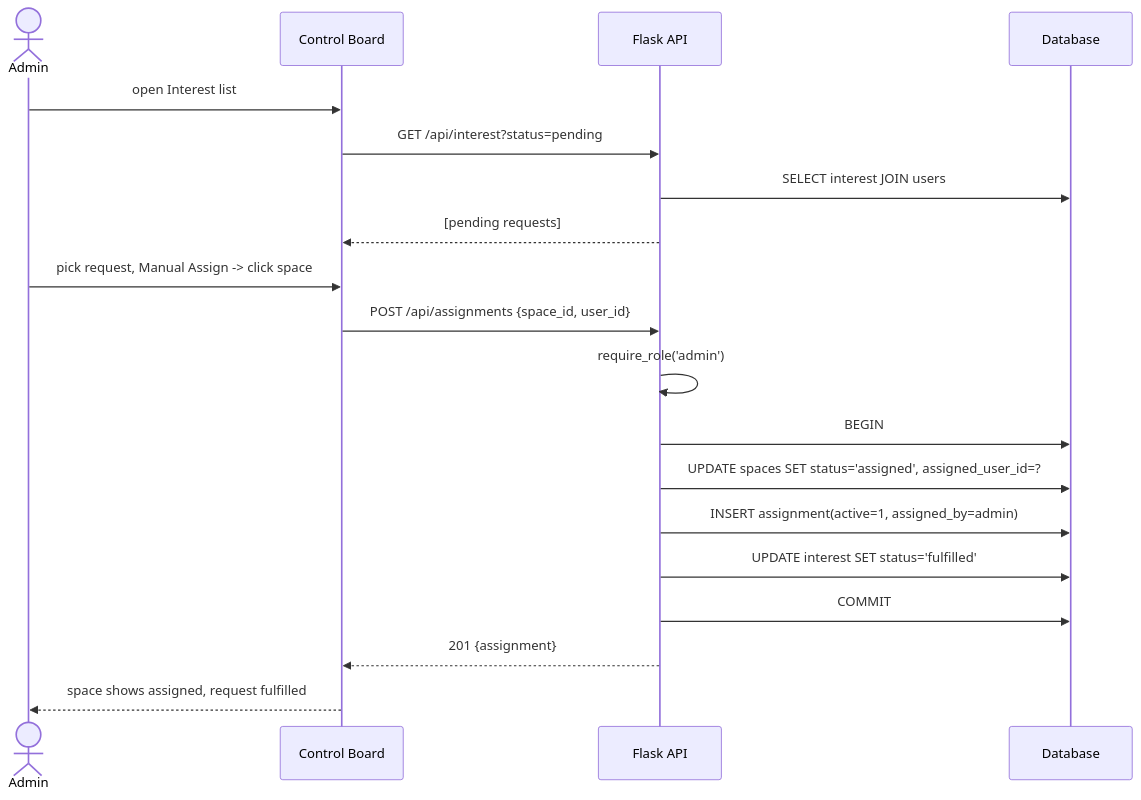
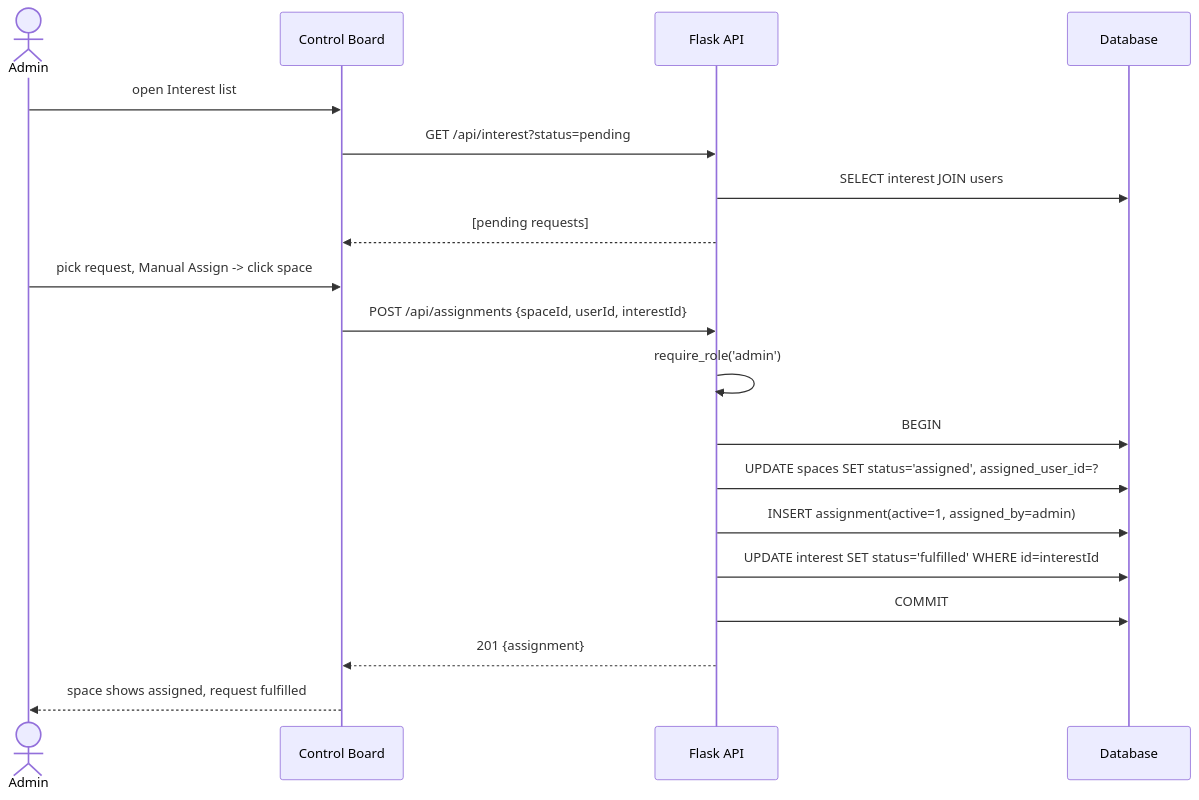
One commit to LTRide2/lt-parking-site-project changed the seventh of 8 diagrams in plan/plan.md. Above: the diagram before and after it, drawn with Mermaid. The commit also changed other lines of this file and 21 other files, not shown here.

````diff
--- a/plan/plan.md
+++ b/plan/plan.md
@@ -423,23 +428,23 @@
 ```mermaid
 sequenceDiagram
     actor A as Admin
     participant UI as Control Board
     participant API as Flask API
     participant DB as Database
 
     A->>UI: open Interest list
     UI->>API: GET /api/interest?status=pending
     API->>DB: SELECT interest JOIN users
     API-->>UI: [pending requests]
 
     A->>UI: pick request, Manual Assign -> click space
-    UI->>API: POST /api/assignments {space_id, user_id}
+    UI->>API: POST /api/assignments {spaceId, userId, interestId}
     API->>API: require_role('admin')
     API->>DB: BEGIN
     API->>DB: UPDATE spaces SET status='assigned', assigned_user_id=?
     API->>DB: INSERT assignment(active=1, assigned_by=admin)
-    API->>DB: UPDATE interest SET status='fulfilled'
+    API->>DB: UPDATE interest SET status='fulfilled' WHERE id=interestId
     API->>DB: COMMIT
     API-->>UI: 201 {assignment}
     UI-->>A: space shows assigned, request fulfilled
 ```
````
